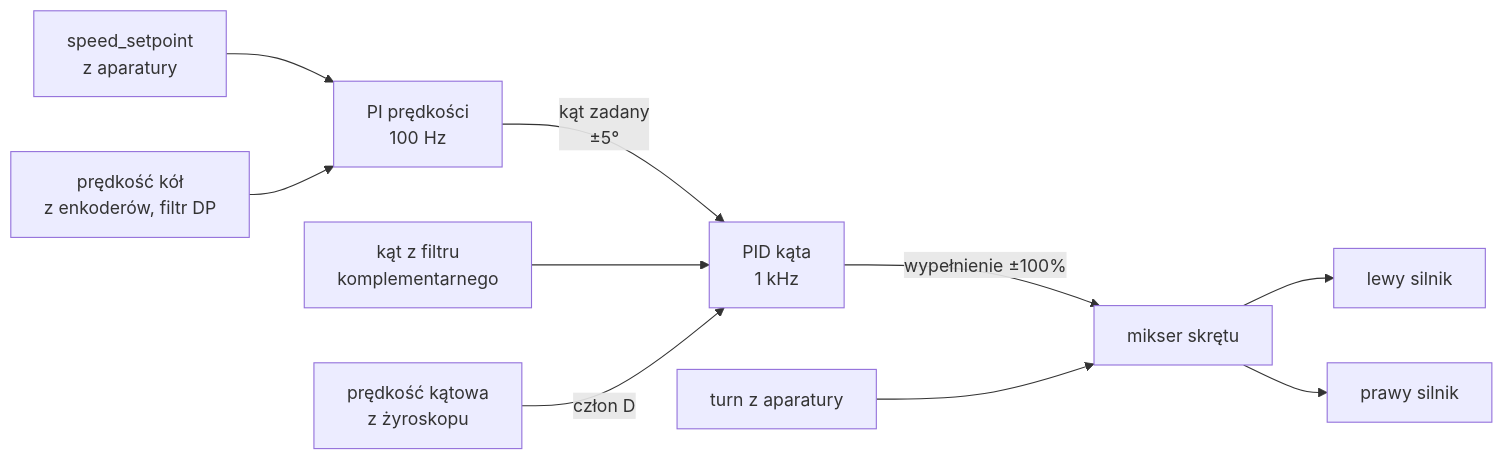
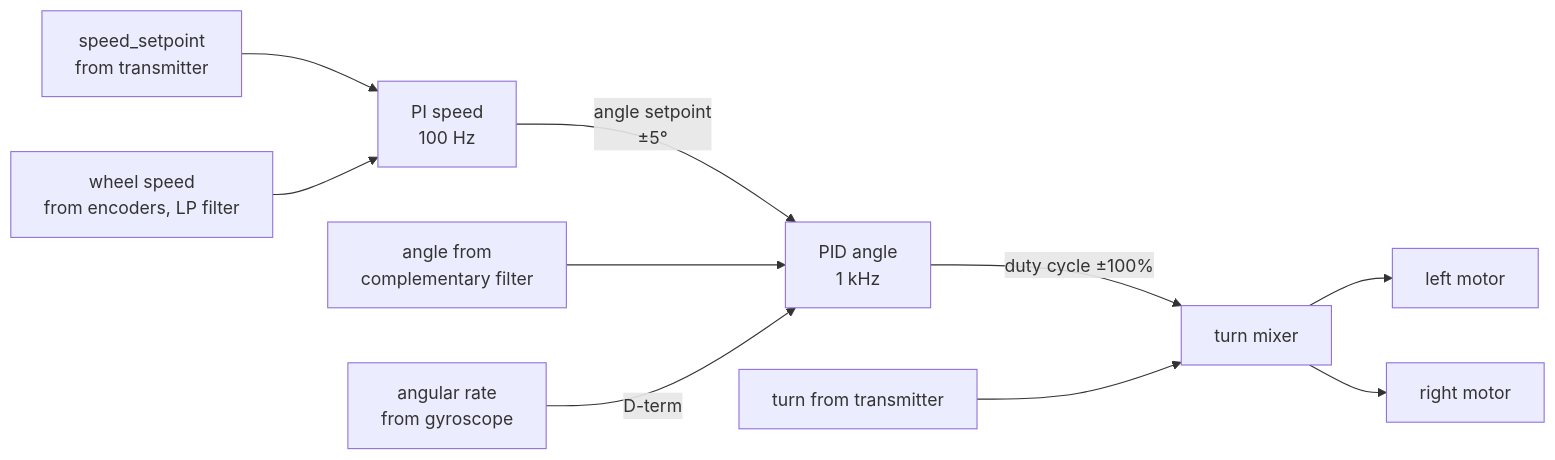
The second of 2 diagrams in README.md (corki1337/stm32-self-balancing-robot), drawn with Mermaid before and after one commit. The commit also changed other lines of this file, not shown here.

````diff
--- a/README.md
+++ b/README.md
@@ -104,12 +104,12 @@
 ```mermaid
 flowchart LR
-    SP[speed_setpoint<br/>z aparatury] --> PS[PI prędkości<br/>100 Hz]
-    WS[prędkość kół<br/>z enkoderów, filtr DP] --> PS
-    PS -- kąt zadany<br/>±5° --> PA[PID kąta<br/>1 kHz]
-    ANG[kąt z filtru<br/>komplementarnego] --> PA
-    GYR[prędkość kątowa<br/>z żyroskopu] -- człon D --> PA
-    PA -- wypełnienie ±100% --> MIX[mikser skrętu]
-    TURN[turn z aparatury] --> MIX
-    MIX --> L[lewy silnik]
-    MIX --> R[prawy silnik]
+    SP[speed_setpoint<br/>from transmitter] --> PS[PI speed<br/>100 Hz]
+    WS[wheel speed<br/>from encoders, LP filter] --> PS
+    PS -- angle setpoint<br/>±5° --> PA[PID angle<br/>1 kHz]
+    ANG[angle from<br/>complementary filter] --> PA
+    GYR[angular rate<br/>from gyroscope] -- D-term --> PA
+    PA -- duty cycle ±100% --> MIX[turn mixer]
+    TURN[turn from transmitter] --> MIX
+    MIX --> L[left motor]
+    MIX --> R[right motor]
 ```
````
